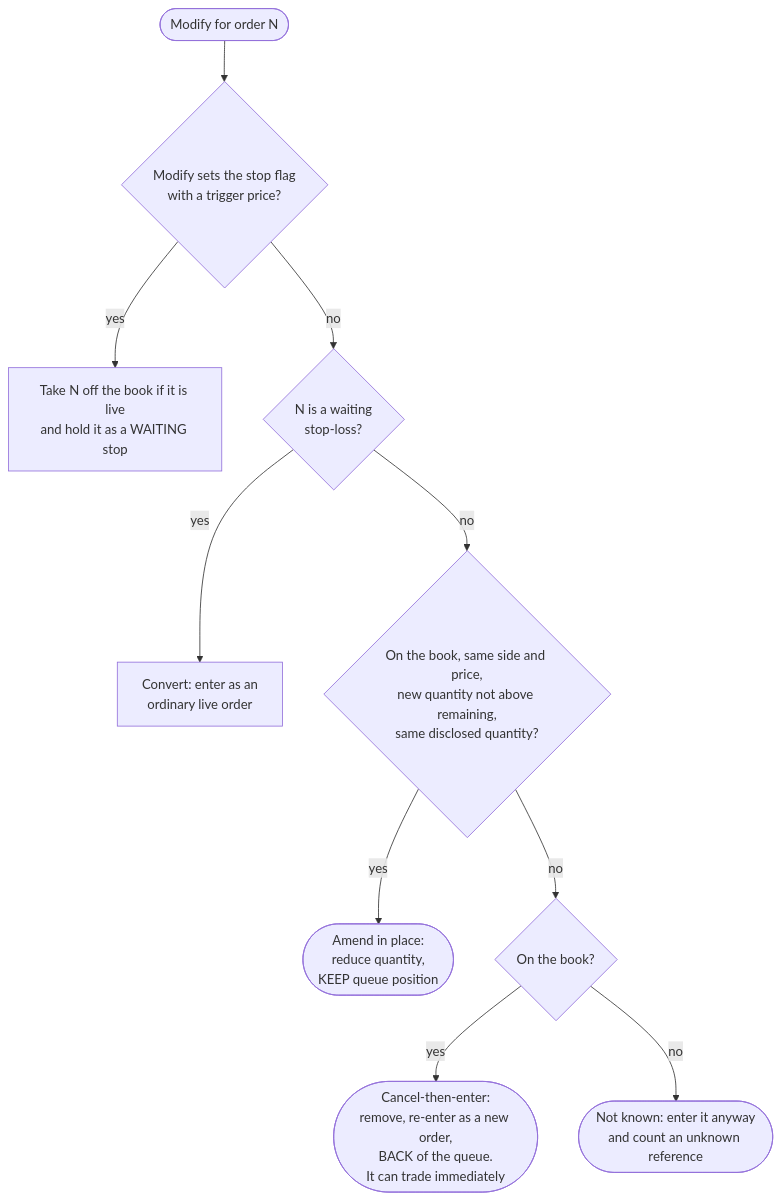
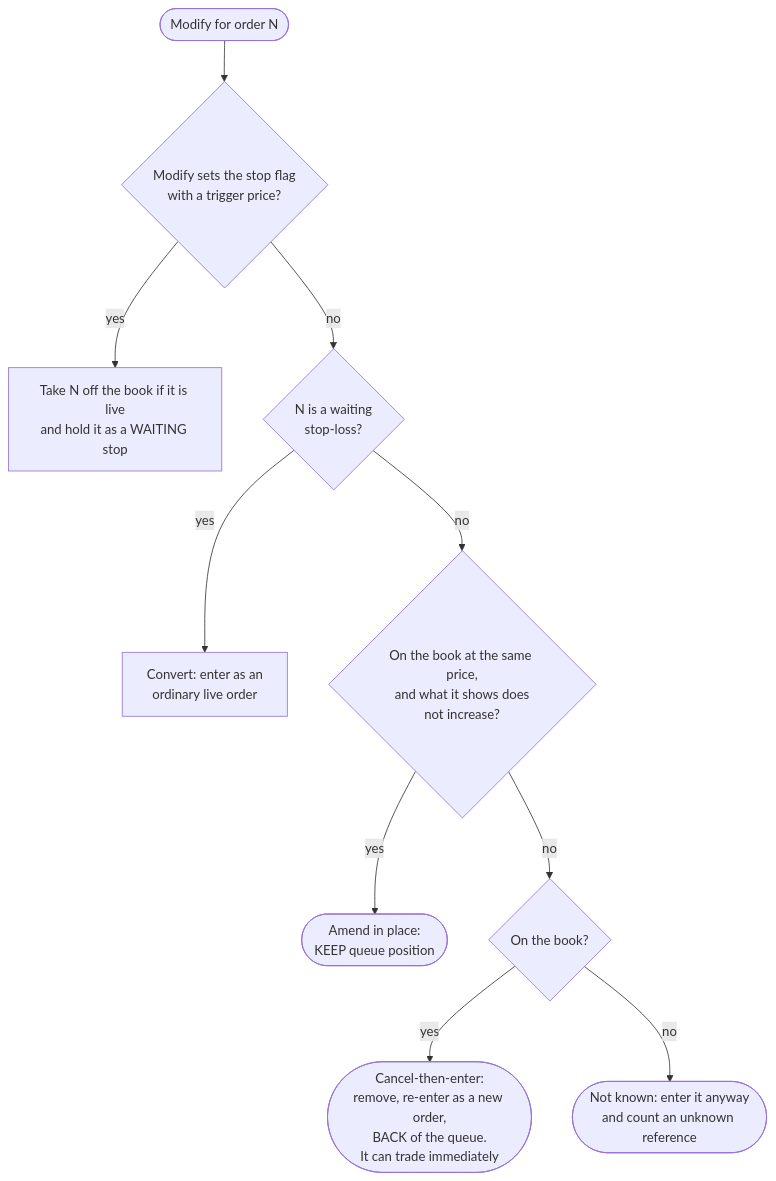
One commit to arnav127/nsetick changed the fourth of 7 diagrams in docs/wiki/Matching-Engine.md. Above: the diagram before and after it, drawn with Mermaid. The commit also changed other lines of this file and 19 other files, not shown here.

````diff
--- a/docs/wiki/Matching-Engine.md
+++ b/docs/wiki/Matching-Engine.md
@@ -241,12 +257,12 @@
 ```mermaid
 flowchart TD
     M([Modify for order N]) --> SLN{Modify sets the stop flag<br/>with a trigger price?}
     SLN -->|yes| RE[Take N off the book if it is live<br/>and hold it as a WAITING stop]
     SLN -->|no| W{N is a waiting<br/>stop-loss?}
     W -->|yes| CONV[Convert: enter as an<br/>ordinary live order]
-    W -->|no| AM{On the book, same side and price,<br/>new quantity not above remaining,<br/>same disclosed quantity?}
-    AM -->|yes| INP([Amend in place:<br/>reduce quantity,<br/>KEEP queue position])
+    W -->|no| AM{On the book at the same price,<br/>and what it shows does<br/>not increase?}
+    AM -->|yes| INP([Amend in place:<br/>KEEP queue position])
     AM -->|no| LIVE{On the book?}
     LIVE -->|yes| CTE([Cancel-then-enter:<br/>remove, re-enter as a new order,<br/>BACK of the queue.<br/>It can trade immediately])
     LIVE -->|no| UNK([Not known: enter it anyway<br/>and count an unknown reference])
 ```
````
